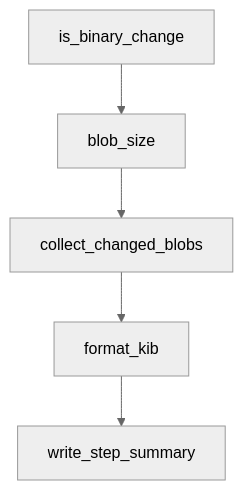
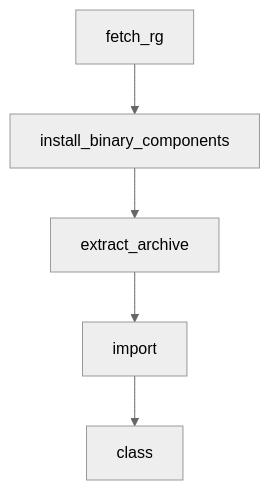
The diagram in tutorials/codex-cli-tutorial/05-prompts-skills-and-workflow-orchestration.md (johnxie/awesome-code-docs), drawn with Mermaid (neutral theme) before and after one commit. The commit also changed other lines of this file and 1232 other files, not shown here.

````diff
--- a/tutorials/codex-cli-tutorial/05-prompts-skills-and-workflow-orchestration.md
+++ b/tutorials/codex-cli-tutorial/05-prompts-skills-and-workflow-orchestration.md
@@ -212,12 +210,12 @@
 ```mermaid
 flowchart TD
-    A[is_binary_change]
-    B[blob_size]
-    C[collect_changed_blobs]
-    D[format_kib]
-    E[write_step_summary]
+    A[fetch_rg]
+    B[install_binary_components]
+    C[extract_archive]
+    D[import]
+    E[class]
     A --> B
     B --> C
     C --> D
     D --> E
 ```
````
